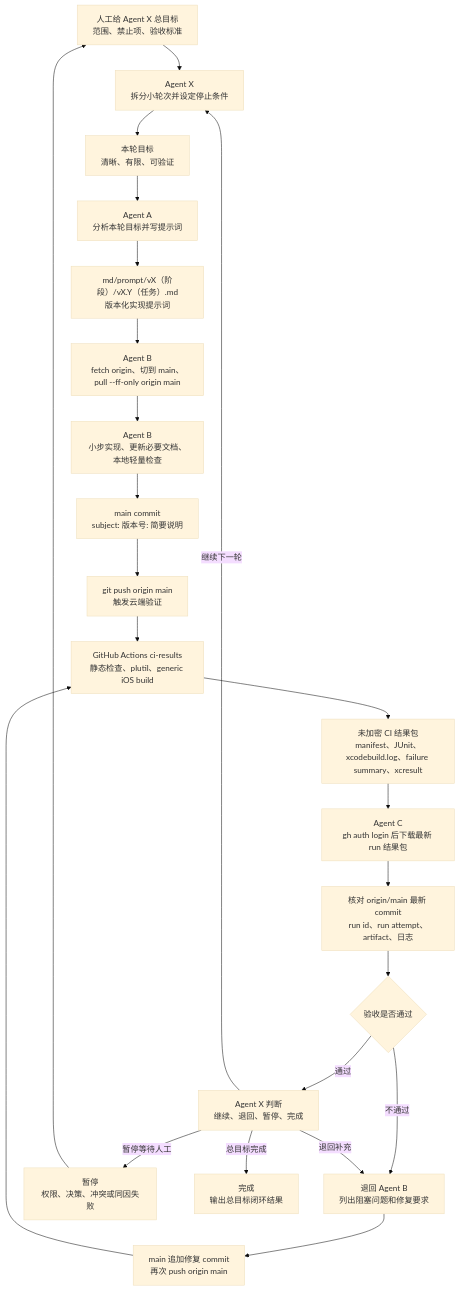
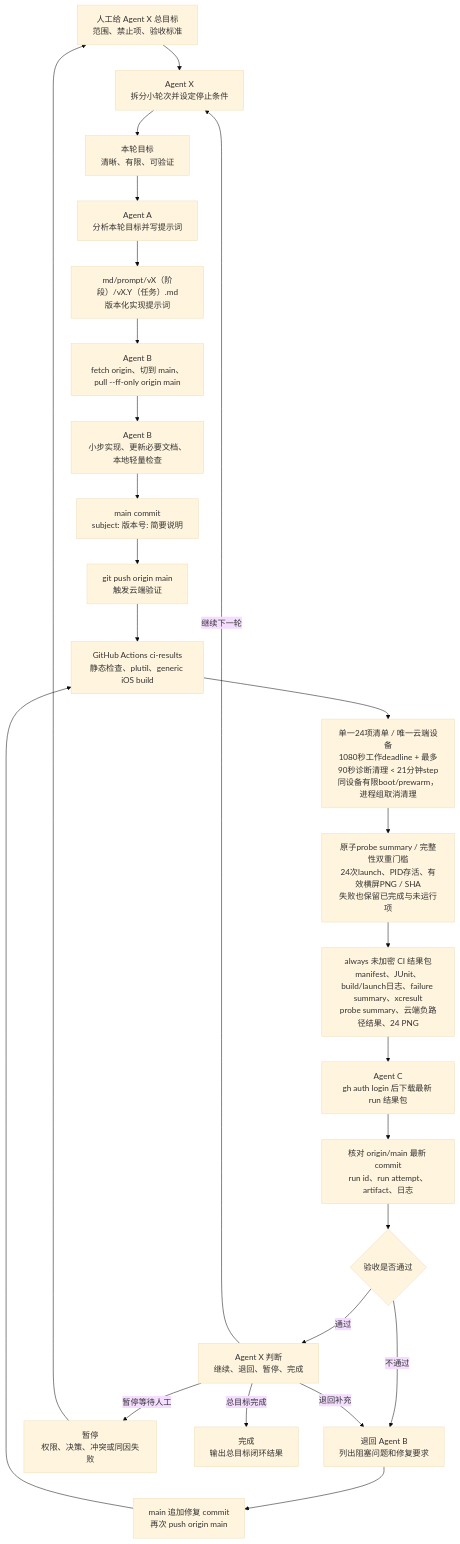
The third of 3 diagrams in md/flow/flowchart.md (Altman-sam114/1145), drawn with Mermaid (base theme) before and after one commit. The commit also changed other lines of this file and 12 other files, not shown here.

````diff
--- a/md/flow/flowchart.md
+++ b/md/flow/flowchart.md
@@ -98,25 +98,27 @@
 ```mermaid
 flowchart TD
   Human["人工给 Agent X 总目标\n范围、禁止项、验收标准"] --> AgentX["Agent X\n拆分小轮次并设定停止条件"]
   AgentX --> RoundGoal["本轮目标\n清晰、有限、可验证"]
   RoundGoal --> AgentA["Agent A\n分析本轮目标并写提示词"]
   AgentA --> Prompt["md/prompt/vX（阶段）/vX.Y（任务）.md\n版本化实现提示词"]
   Prompt --> Sync["Agent B\nfetch origin、切到 main、pull --ff-only origin main"]
   Sync --> Implement["Agent B\n小步实现、更新必要文档、本地轻量检查"]
   Implement --> Commit["main commit\nsubject: 版本号: 简要说明"]
   Commit --> Push["git push origin main\n触发云端验证"]
   Push --> Actions["GitHub Actions ci-results\n静态检查、plutil、generic iOS build"]
-  Actions --> Artifact["未加密 CI 结果包\nmanifest、JUnit、xcodebuild.log、failure summary、xcresult"]
+  Actions --> Probe["单一24项清单 / 唯一云端设备\n1080秒工作deadline + 最多90秒诊断清理 < 21分钟step\n同设备有限boot/prewarm，进程组取消清理"]
+  Probe --> Integrity["原子probe summary / 完整性双重门槛\n24次launch、PID存活、有效横屏PNG / SHA\n失败也保留已完成与未运行项"]
+  Integrity --> Artifact["always 未加密 CI 结果包\nmanifest、JUnit、build/launch日志、failure summary、xcresult\nprobe summary、云端负路径结果、24 PNG"]
   Artifact --> AgentC["Agent C\ngh auth login 后下载最新 run 结果包"]
   AgentC --> Verify["核对 origin/main 最新 commit\nrun id、run attempt、artifact、日志"]
   Verify --> Gate{"验收是否通过"}
   Gate -- "不通过" --> BackB["退回 Agent B\n列出阻塞问题和修复要求"]
   BackB --> Fix["main 追加修复 commit\n再次 push origin main"]
   Fix --> Actions
   Gate -- "通过" --> XJudge["Agent X 判断\n继续、退回、暂停、完成"]
   XJudge -- "继续下一轮" --> AgentX
   XJudge -- "退回补充" --> BackB
   XJudge -- "暂停等待人工" --> Pause["暂停\n权限、决策、冲突或同因失败"]
   Pause --> Human
   XJudge -- "总目标完成" --> Done["完成\n输出总目标闭环结果"]
 ```
````
